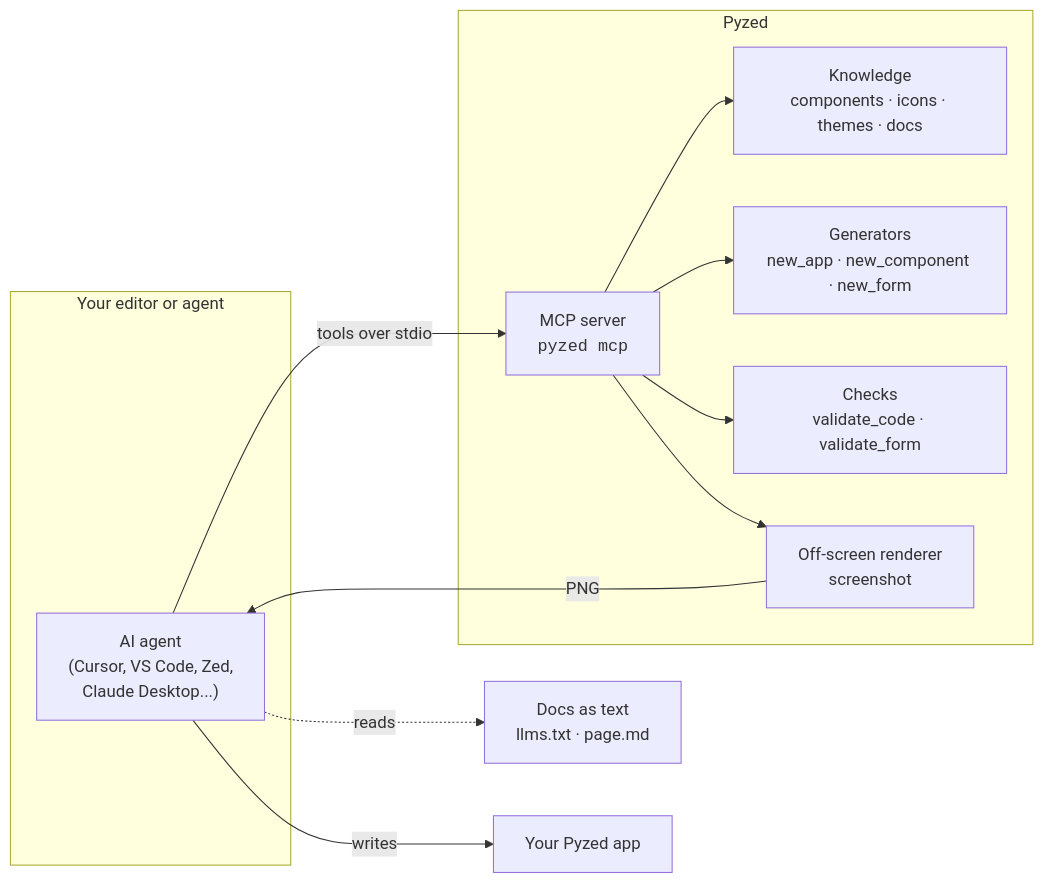
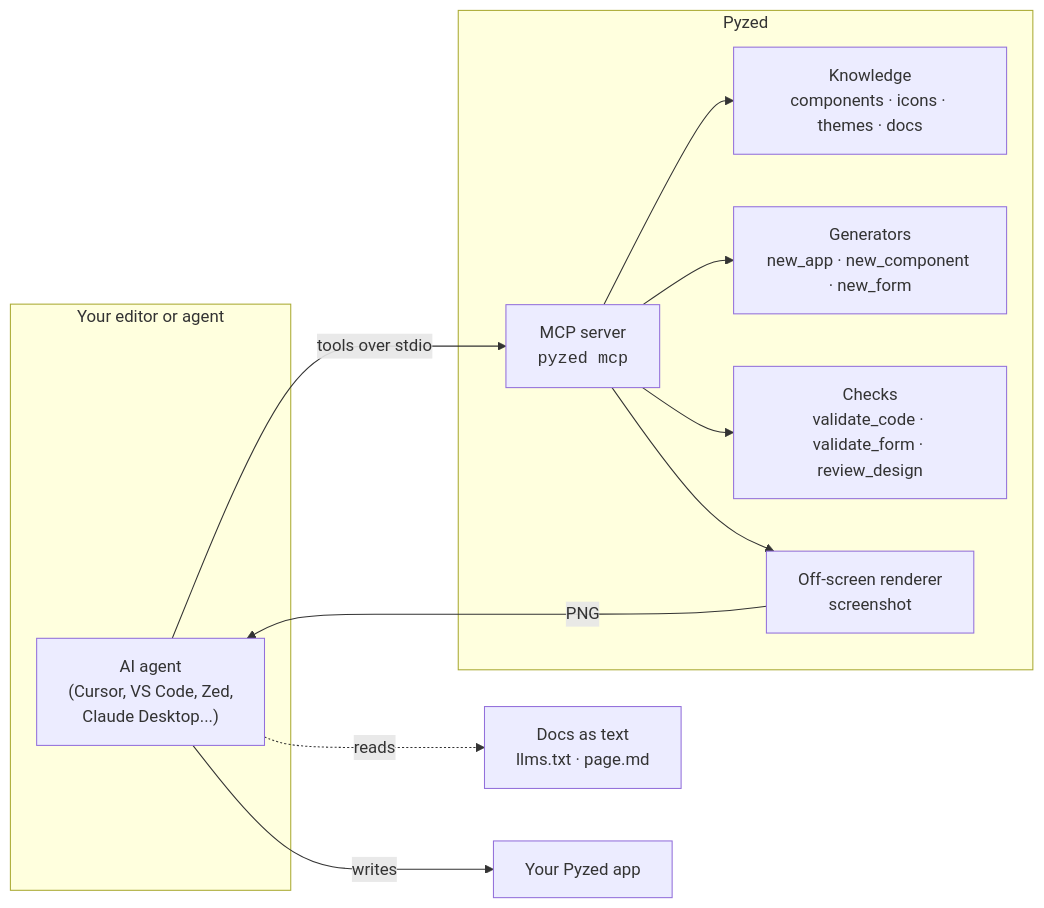
One commit to albakore/pyzed changed the diagram in docs/src/content/docs/ai/index.md. Above: the diagram before and after it, drawn with Mermaid. The commit also changed other lines of this file and 135 other files, not shown here.

````diff
--- a/docs/src/content/docs/ai/index.md
+++ b/docs/src/content/docs/ai/index.md
@@ -25,19 +25,19 @@
 ```mermaid
 flowchart LR
     subgraph You["Your editor or agent"]
         A["AI agent<br/>(Cursor, VS Code, Zed,<br/>Claude Desktop...)"]
     end
     subgraph Pyzed["Pyzed"]
         M["MCP server<br/><code>pyzed mcp</code>"]
         K["Knowledge<br/>components · icons · themes · docs"]
         G["Generators<br/>new_app · new_component · new_form"]
-        V["Checks<br/>validate_code · validate_form"]
+        V["Checks<br/>validate_code · validate_form · review_design"]
         S["Off-screen renderer<br/>screenshot"]
     end
     D["Docs as text<br/>llms.txt · page.md"]
     A -- "tools over stdio" --> M
     M --> K & G & V & S
     A -. "reads" .-> D
     S -- "PNG" --> A
     A -- "writes" --> P["Your Pyzed app"]
 ```
````
